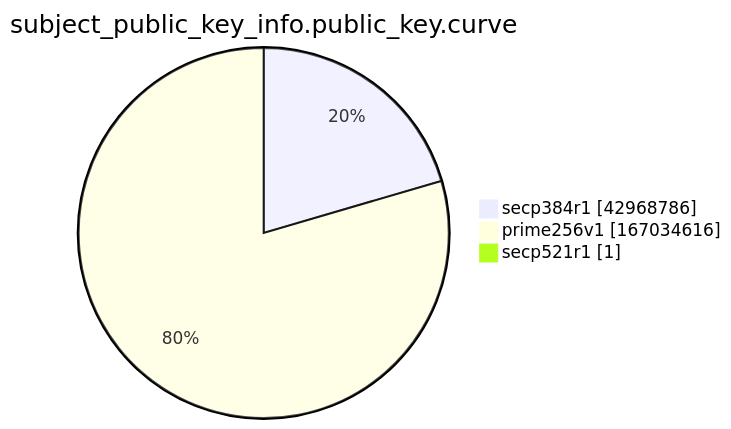
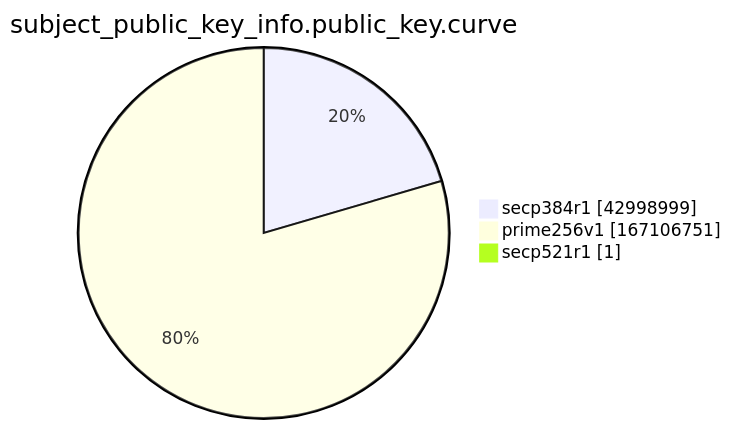
Before and after one commit to christiankrug/ctmonitor_visualization: the ninth of 15 diagrams in xenon2022/README.md, drawn with Mermaid. The commit also changed other lines of this file, not shown here.

````diff
--- a/xenon2022/README.md
+++ b/xenon2022/README.md
@@ -2869,7 +2869,7 @@
 ```mermaid
 pie showData
 title subject_public_key_info.public_key.curve
-"secp384r1" :42968786
-"prime256v1" :167034616
+"secp384r1" :42998999
+"prime256v1" :167106751
 "secp521r1" :1
 ```
````
